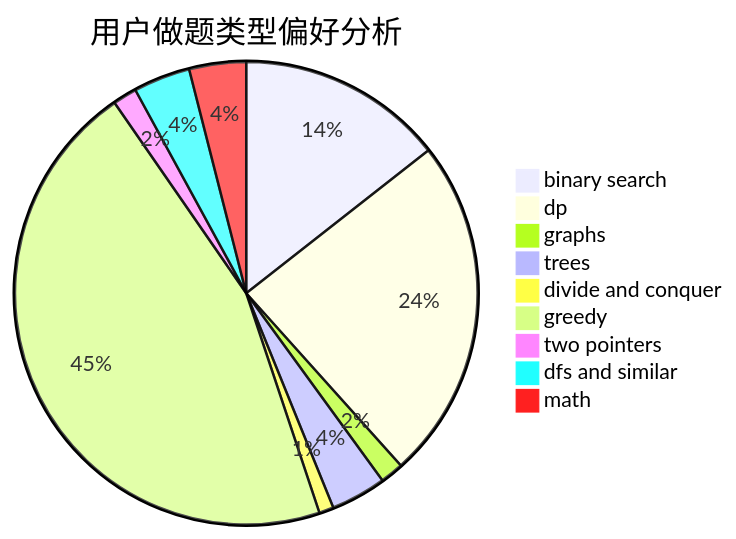
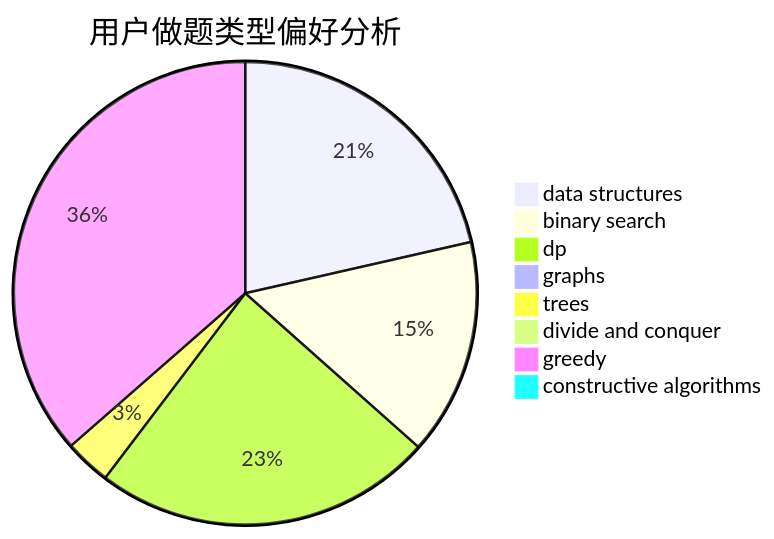
Before and after one commit to sherpahu/cfrs.github.io: the second of 3 diagrams in docs/user/u2454.md, drawn with Mermaid. The commit also changed other lines of this file and 2775 other files, not shown here.

````diff
--- a/docs/user/u2454.md
+++ b/docs/user/u2454.md
@@ -23,12 +23,11 @@
 ```mermaid
 pie title 用户做题类型偏好分析
-    "binary search" :  283
-    "dp" :  470
-    "graphs" :  32
-    "trees" :  76
-    "divide and conquer" :  20
-    "greedy" :  893
-    "two pointers" :  33
-    "dfs and similar" :  78
-    "math" :  78
+    "data structures" :  379
+    "binary search" :  267
+    "dp" :  420
+    "graphs" :  7
+    "trees" :  57
+    "divide and conquer" :  15
+    "greedy" :  644
+    "constructive algorithms" :  8
 ```
````
